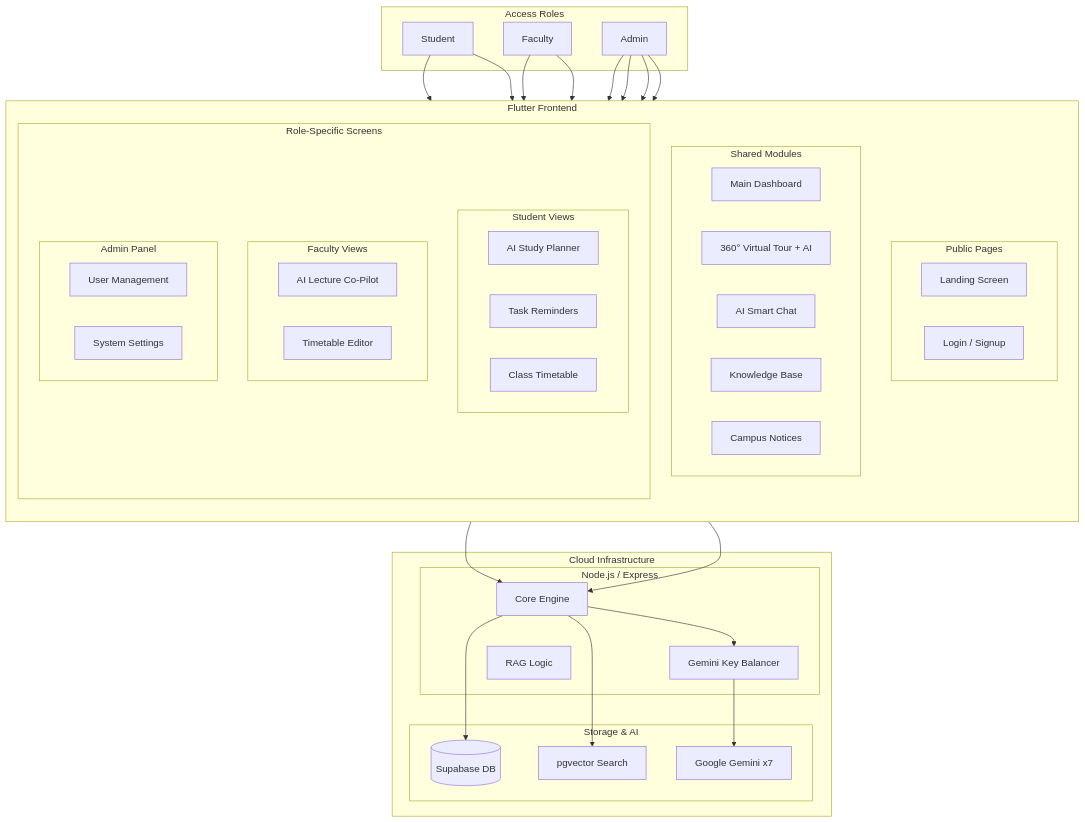
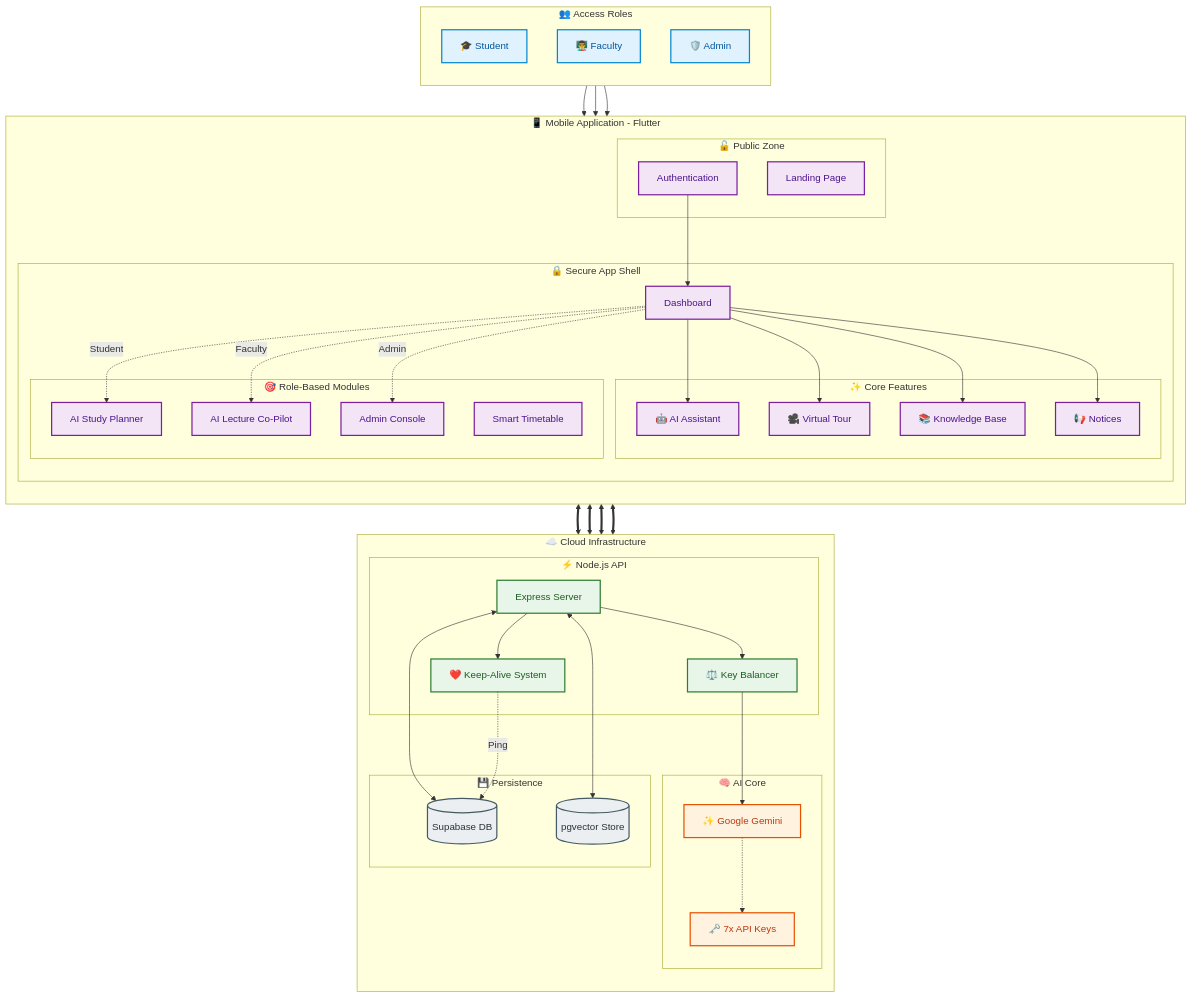
Before and after one commit to Subhapreet21/Proactive-Multimodal-Academic-Support-System: the diagram in README.md, drawn with Mermaid. The commit also changed other lines of this file and 4 other files, not shown here.

Commit message:
Enforced Portrait mode in the App (except Timetable page) with an updated CRONJ Job logic

````diff
--- a/README.md
+++ b/README.md
@@ -57,74 +57,100 @@
 ```mermaid
 graph TD
-    subgraph Users [Access Roles]
-        S[Student]
-        F[Faculty]
-        A[Admin]
+    %% --- Style Definitions ---
+    classDef role fill:#e0f2fe,stroke:#0288d1,stroke-width:2px,color:#01579b
+    classDef flutter fill:#f3e5f5,stroke:#7b1fa2,stroke-width:2px,color:#4a148c
+    classDef tech fill:#e8f5e9,stroke:#2e7d32,stroke-width:2px,color:#1b5e20
+    classDef cloud fill:#fff3e0,stroke:#e65100,stroke-width:2px,color:#bf360c
+    classDef db fill:#eceff1,stroke:#455a64,stroke-width:2px,color:#263238
+
+    subgraph UserGroup [👥 Access Roles]
+        direction TB
+        S[🎓 Student]:::role
+        F[👨‍🏫 Faculty]:::role
+        A[🛡️ Admin]:::role
     end
 
-    subgraph MobileApp [Flutter Frontend]
+    subgraph Frontend [📱 Mobile Application - Flutter]
         direction TB
-        subgraph Public [Public Pages]
-            Landing[Landing Screen]
-            Auth[Login / Signup]
+        
+        subgraph PublicArea [🔓 Public Zone]
+            Landing[Landing Page]:::flutter
+            Auth[Authentication]:::flutter
         end
 
-        subgraph Common [Shared Modules]
-            Dash[Main Dashboard]
-            Tour[360° Virtual Tour + AI]
-            Chat[AI Smart Chat]
-            Know[Knowledge Base]
-            Events[Campus Notices]
-        end
-
-        subgraph Roles [Role-Specific Screens]
-            subgraph StuPages [Student Views]
-                Study[AI Study Planner]
-                Task[Task Reminders]
-                TimeS[Class Timetable]
+        subgraph Authenticated [🔒 Secure App Shell]
+            Dash[Dashboard]:::flutter
+            
+            subgraph Features [✨ Core Features]
+                Chat[🤖 AI Assistant]:::flutter
+                Tour[🎥 Virtual Tour]:::flutter
+                KB[📚 Knowledge Base]:::flutter
+                Events[📢 Notices]:::flutter
             end
 
-            subgraph FacPages [Faculty Views]
-                Prep[AI Lecture Co-Pilot]
-                TimeF[Timetable Editor]
-            end
-
-            subgraph AdmPages [Admin Panel]
-                UsersM[User Management]
-                Sys[System Settings]
+            subgraph RoleSpecific [🎯 Role-Based Modules]
+                Study[AI Study Planner]:::flutter
+                CoPilot[AI Lecture Co-Pilot]:::flutter
+                Time[Smart Timetable]:::flutter
+                AdminPanel[Admin Console]:::flutter
             end
         end
     end
 
-    subgraph BackendSystem [Cloud Infrastructure]
-        subgraph APILayer [Node.js / Express]
-            API[Core Engine]
-            LB[Gemini Key Balancer]
-            RAG[RAG Logic]
+    subgraph BackendServices [☁️ Cloud Infrastructure]
+        direction TB
+        
+        subgraph API_Layer [⚡ Node.js API]
+            Server[Express Server]:::tech
+            LB[⚖️ Key Balancer]:::tech
+            Keeper[❤️ Keep-Alive System]:::tech
         end
 
-        subgraph Data [Storage & AI]
-            DB[(Supabase DB)]
-            Vec[pgvector Search]
-            AI[Google Gemini x7]
+        subgraph Intelligence [🧠 AI Core]
+            Gemini[✨ Google Gemini]:::cloud
+            Gemini_x7[🗝️ 7x API Keys]:::cloud
+        end
+
+        subgraph DataLayer [💾 Persistence]
+            Supabase[(Supabase DB)]:::db
+            Vector[(pgvector Store)]:::db
         end
     end
 
-    %% Role Access Logic
-    S --> StuPages
-    S --> Common
-    F --> FacPages
-    F --> Common
-    A --> AdmPages
-    A --> Common
-    A --> StuPages
-    A --> FacPages
+    %% --- Connections ---
 
-    %% Data Flow
-    Common --> API
-    Roles --> API
-    API --> LB
-    LB --> AI
-    API --> DB
-    API --> Vec
+    %% User Access
+    S --> Auth
+    F --> Auth
+    A --> Auth
+    Auth --> Dash
+
+    %% Key Features Access
+    Dash --> Chat
+    Dash --> Tour
+    Dash --> KB
+    Dash --> Events
+
+    %% Role Specific Logic
+    Dash -. Student .-> Study
+    Dash -. Faculty .-> CoPilot
+    Dash -. Admin .-> AdminPanel
+    
+    %% Backend Interactions
+    Chat <==> Server
+    CoPilot <==> Server
+    Study <==> Server
+    Tour <==> Server
+
+    %% Internal Backend Flow
+    Server --> LB
+    Server --> Keeper
+    LB --> Gemini
+    Gemini -.-> Gemini_x7
+    
+    Server <--> Supabase
+    Server <--> Vector
+
+    %% Keep Alive Logic
+    Keeper -. Ping .-> Supabase
 ```
````
